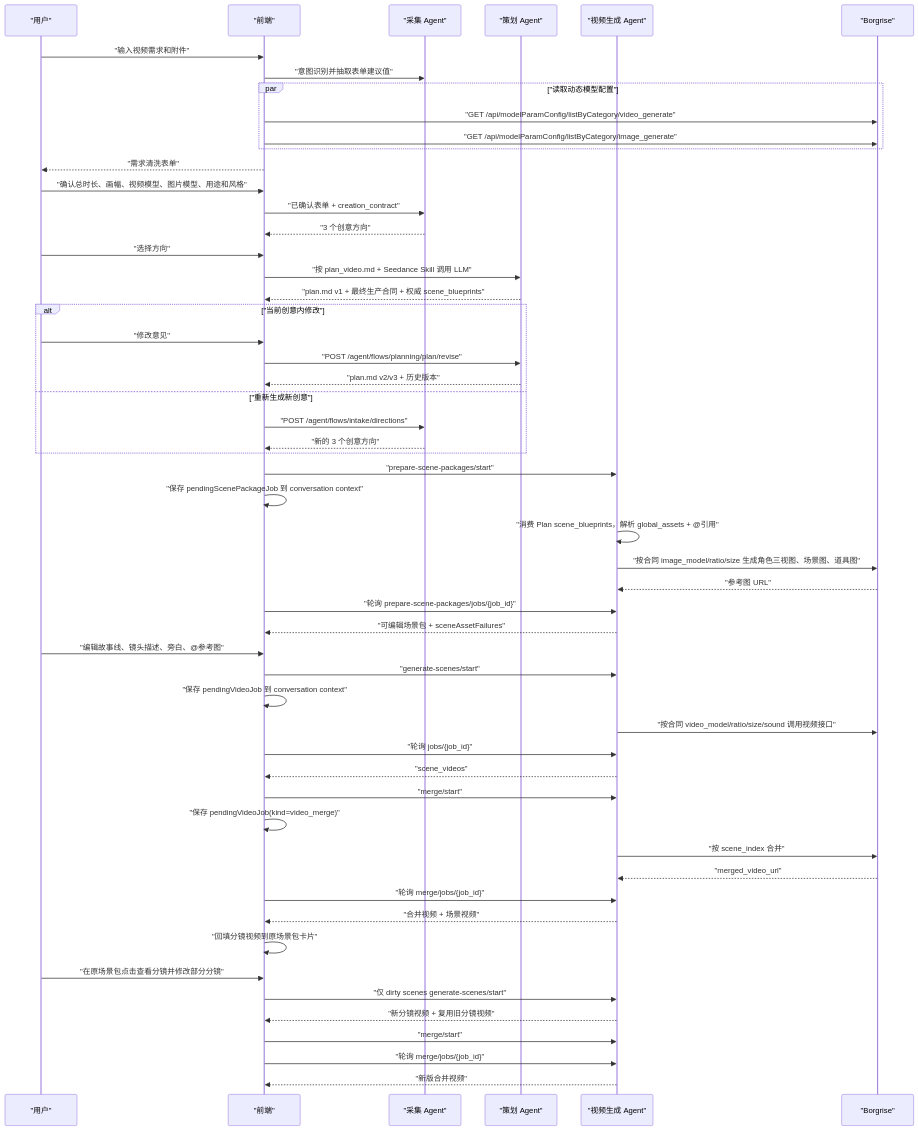
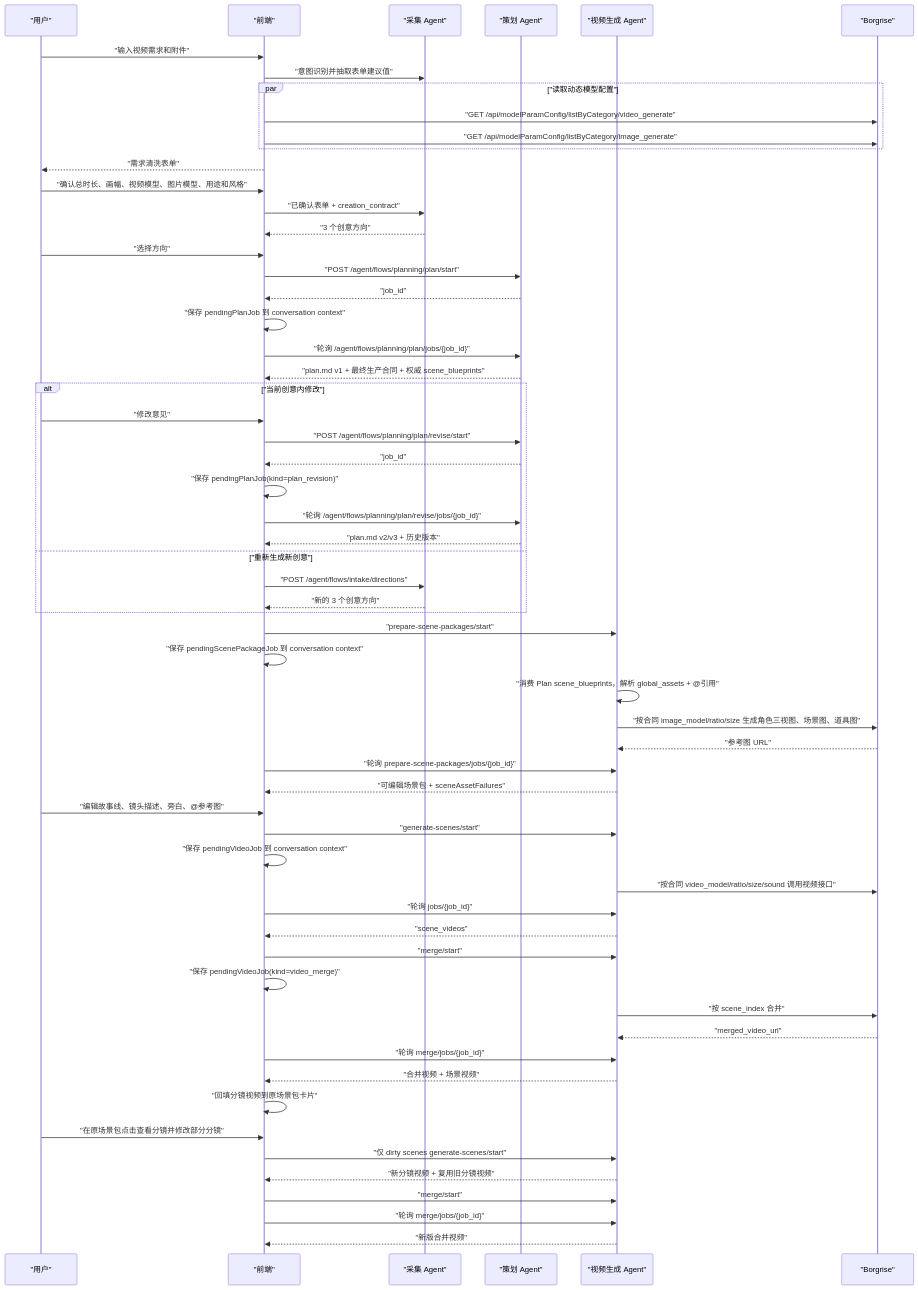
The sixth of 7 diagrams in docs/pixelflow-agent-skill-flow-latest-design.md (joyslxd/pixelflow), drawn with Mermaid before and after one commit. The commit also changed other lines of this file and 8 other files, not shown here.

````diff
--- a/docs/pixelflow-agent-skill-flow-latest-design.md
+++ b/docs/pixelflow-agent-skill-flow-latest-design.md
@@ -568,56 +571,62 @@
 ```mermaid
 sequenceDiagram
   participant U as "用户"
   participant FE as "前端"
   participant IA as "采集 Agent"
   participant PA as "策划 Agent"
   participant VA as "视频生成 Agent"
   participant BG as "Borgrise"
   U->>FE: "输入视频需求和附件"
   FE->>IA: "意图识别并抽取表单建议值"
   par "读取动态模型配置"
     FE->>BG: "GET /api/modelParamConfig/listByCategory/video_generate"
     FE->>BG: "GET /api/modelParamConfig/listByCategory/image_generate"
   end
   FE-->>U: "需求清洗表单"
   U->>FE: "确认总时长、画幅、视频模型、图片模型、用途和风格"
   FE->>IA: "已确认表单 + creation_contract"
   IA-->>FE: "3 个创意方向"
   U->>FE: "选择方向"
-  FE->>PA: "按 plan_video.md + Seedance Skill 调用 LLM"
+  FE->>PA: "POST /agent/flows/planning/plan/start"
+  PA-->>FE: "job_id"
+  FE->>FE: "保存 pendingPlanJob 到 conversation context"
+  FE->>PA: "轮询 /agent/flows/planning/plan/jobs/{job_id}"
   PA-->>FE: "plan.md v1 + 最终生产合同 + 权威 scene_blueprints"
   alt "当前创意内修改"
     U->>FE: "修改意见"
-    FE->>PA: "POST /agent/flows/planning/plan/revise"
+    FE->>PA: "POST /agent/flows/planning/plan/revise/start"
+    PA-->>FE: "job_id"
+    FE->>FE: "保存 pendingPlanJob(kind=plan_revision)"
+    FE->>PA: "轮询 /agent/flows/planning/plan/revise/jobs/{job_id}"
     PA-->>FE: "plan.md v2/v3 + 历史版本"
   else "重新生成新创意"
     FE->>IA: "POST /agent/flows/intake/directions"
     IA-->>FE: "新的 3 个创意方向"
   end
   FE->>VA: "prepare-scene-packages/start"
   FE->>FE: "保存 pendingScenePackageJob 到 conversation context"
   VA->>VA: "消费 Plan scene_blueprints，解析 global_assets + @引用"
   VA->>BG: "按合同 image_model/ratio/size 生成角色三视图、场景图、道具图"
   BG-->>VA: "参考图 URL"
   FE->>VA: "轮询 prepare-scene-packages/jobs/{job_id}"
   VA-->>FE: "可编辑场景包 + sceneAssetFailures"
   U->>FE: "编辑故事线、镜头描述、旁白、@参考图"
   FE->>VA: "generate-scenes/start"
   FE->>FE: "保存 pendingVideoJob 到 conversation context"
   VA->>BG: "按合同 video_model/ratio/size/sound 调用视频接口"
   FE->>VA: "轮询 jobs/{job_id}"
   VA-->>FE: "scene_videos"
   FE->>VA: "merge/start"
   FE->>FE: "保存 pendingVideoJob(kind=video_merge)"
   VA->>BG: "按 scene_index 合并"
   BG-->>VA: "merged_video_url"
   FE->>VA: "轮询 merge/jobs/{job_id}"
   VA-->>FE: "合并视频 + 场景视频"
   FE->>FE: "回填分镜视频到原场景包卡片"
   U->>FE: "在原场景包点击查看分镜并修改部分分镜"
   FE->>VA: "仅 dirty scenes generate-scenes/start"
   VA-->>FE: "新分镜视频 + 复用旧分镜视频"
   FE->>VA: "merge/start"
   FE->>VA: "轮询 merge/jobs/{job_id}"
   VA-->>FE: "新版合并视频"
 ```
````
